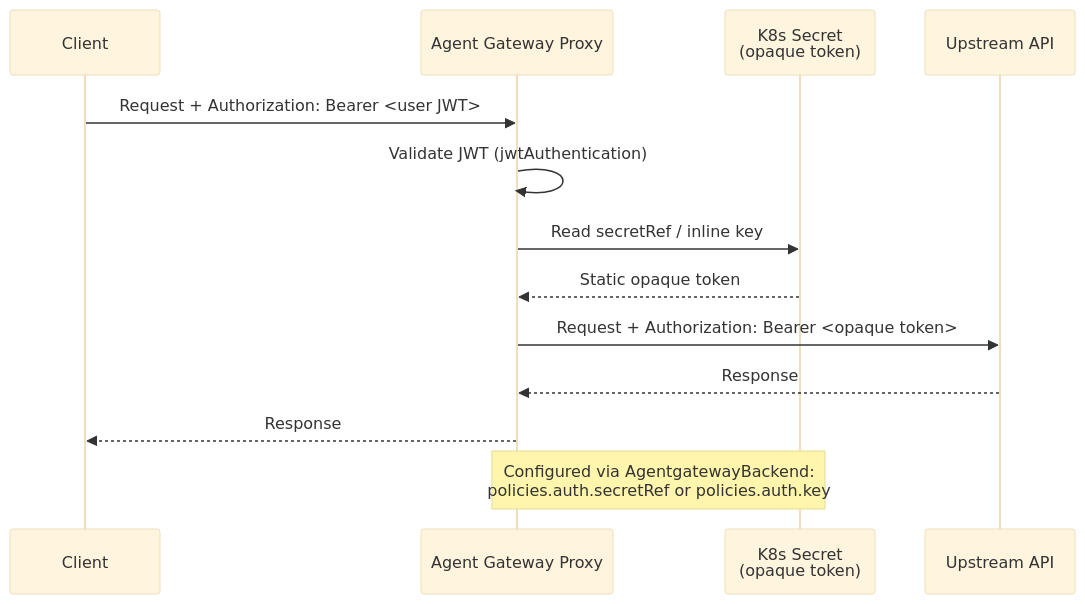
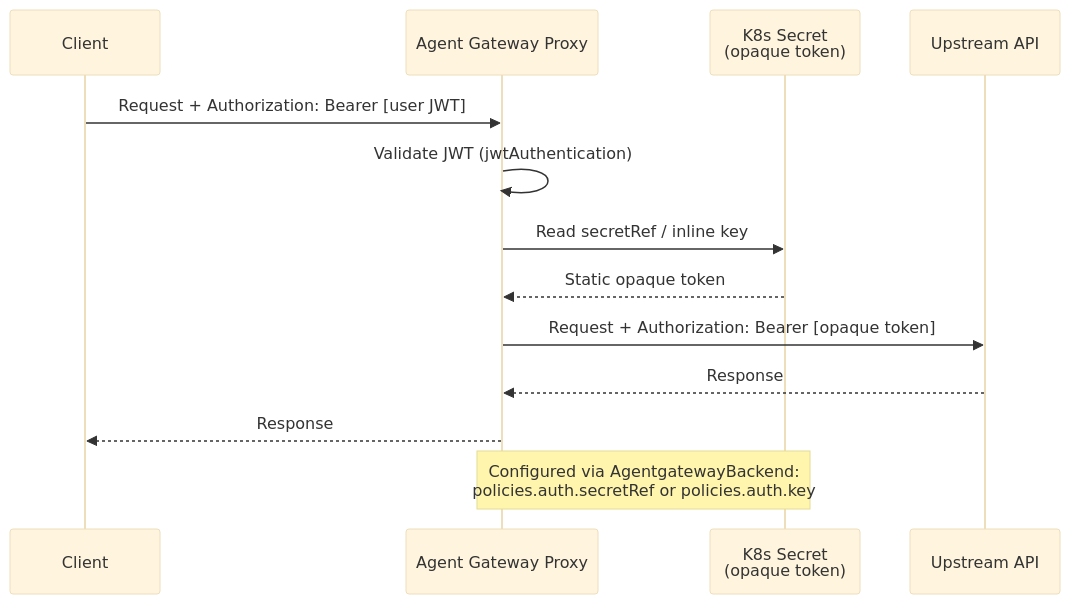
One commit to coryjett/solo-misc-workshops changed the seventh of 15 diagrams in token-flow-diagrams/agent-gateway-token-flows.md. Above: the diagram before and after it, drawn with Mermaid (base theme). The commit also changed other lines of this file and 1 other file, not shown here.

First line of the commit message:
Fix Mermaid syntax errors: replace angle brackets with square brackets in diagrams

````diff
--- a/token-flow-diagrams/agent-gateway-token-flows.md
+++ b/token-flow-diagrams/agent-gateway-token-flows.md
@@ -195,17 +195,17 @@
 ```mermaid
 sequenceDiagram
     participant Client
     participant AGW as Agent Gateway Proxy
     participant K8s as K8s Secret<br/>(opaque token)
     participant Backend as Upstream API
 
-    Client->>AGW: Request + Authorization: Bearer <user JWT>
+    Client->>AGW: Request + Authorization: Bearer [user JWT]
     AGW->>AGW: Validate JWT (jwtAuthentication)
     AGW->>K8s: Read secretRef / inline key
     K8s-->>AGW: Static opaque token
-    AGW->>Backend: Request + Authorization: Bearer <opaque token>
+    AGW->>Backend: Request + Authorization: Bearer [opaque token]
     Backend-->>AGW: Response
     AGW-->>Client: Response
 
     Note over AGW,K8s: Configured via AgentgatewayBackend:<br/>policies.auth.secretRef or policies.auth.key
 ```
````
